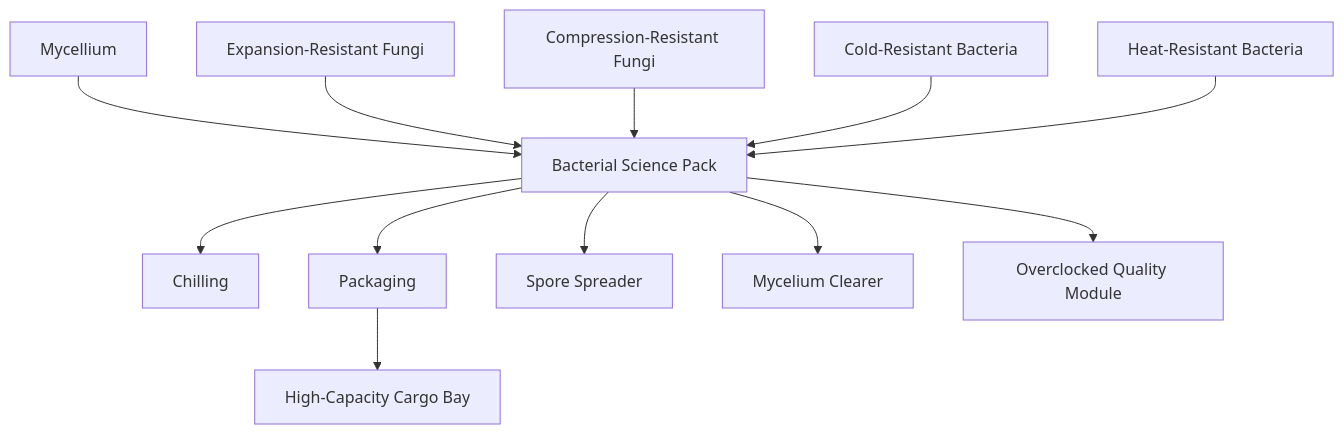
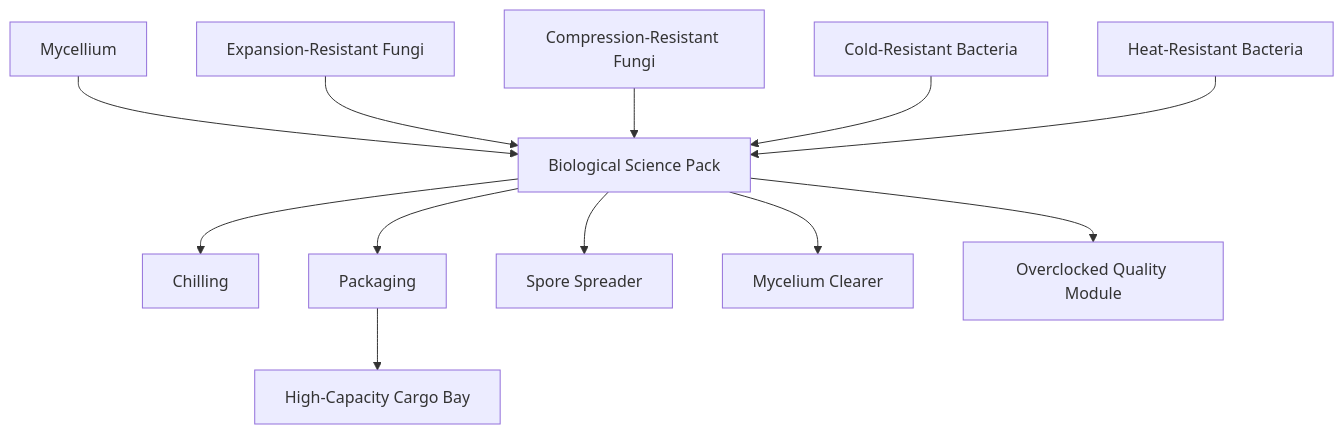
The first of 2 diagrams in subterranio-gleba/todo.md (Nicholas-Tuttle/Subterranio), drawn with Mermaid before and after one commit. The commit also changed other lines of this file, not shown here.

Commit message:
Update todo

````diff
--- a/subterranio-gleba/todo.md
+++ b/subterranio-gleba/todo.md
@@ -67,28 +67,28 @@
 ```mermaid
     graph TD;
     MYC[Mycellium]
     ERF[Expansion-Resistant Fungi]
     CRF[Compression-Resistant Fungi]
     CRB[Cold-Resistant Bacteria]
     HRB[Heat-Resistant Bacteria]
-    BSP[Bacterial Science Pack]
+    BSP[Biological Science Pack]
     CHILL[Chilling]
     PACK[Packaging]
     SS[Spore Spreader]
     MC[Mycelium Clearer]
     OQM[Overclocked Quality Module]
     HCCB[High-Capacity Cargo Bay]
 
     MYC-->BSP
     ERF-->BSP
     CRF-->BSP
     CRB-->BSP
     HRB-->BSP
 
     BSP-->CHILL
     BSP-->PACK
     BSP-->SS
     BSP-->MC
     BSP-->OQM
     PACK-->HCCB
 ```
````
